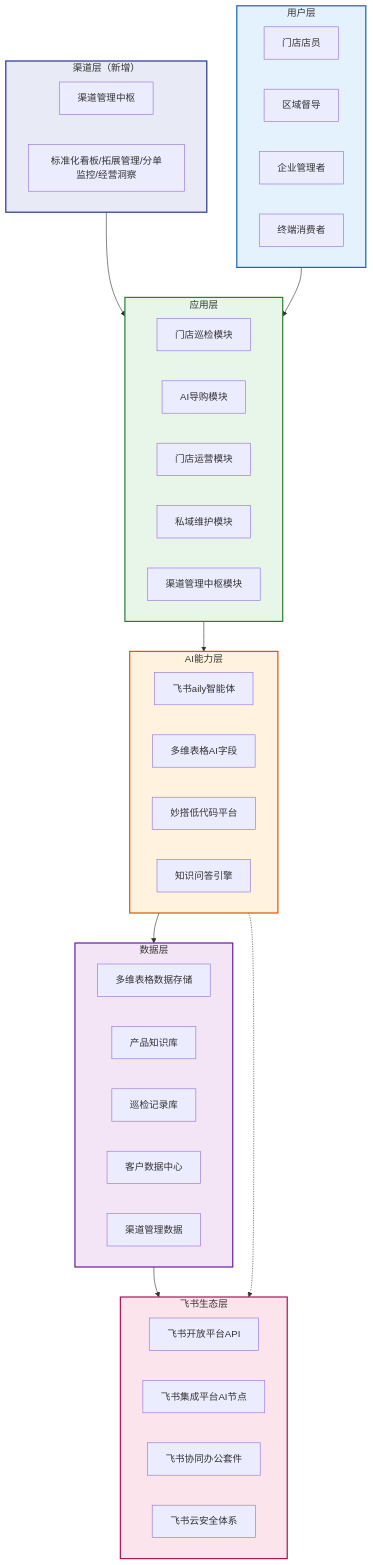
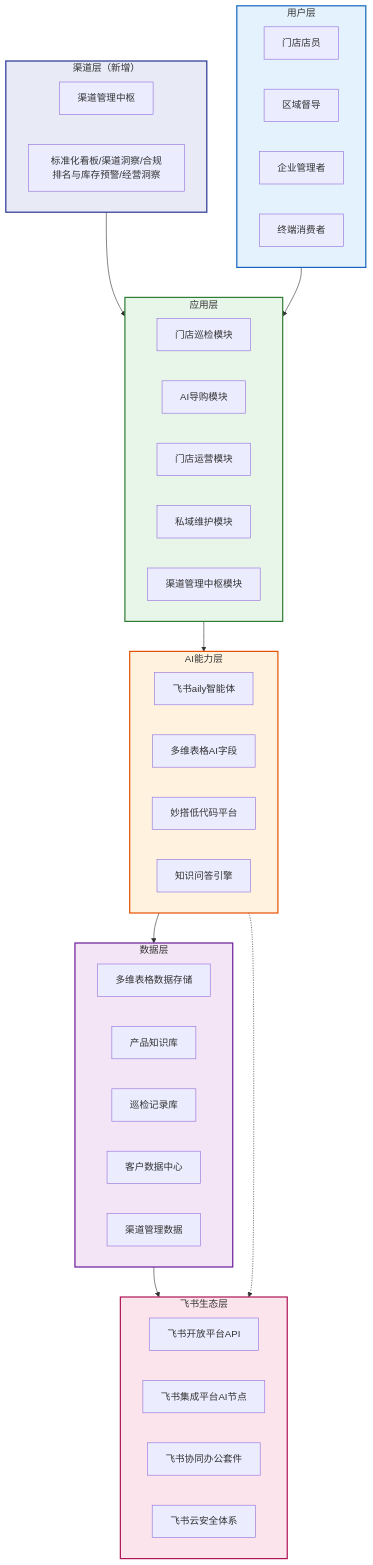
One commit to yunmm123/yuhong-smart-store changed the first of 17 diagrams in docs/02_技术方案架构设计文档.md. Above: the diagram before and after it, drawn with Mermaid. The commit also changed other lines of this file and 28 other files, not shown here.

````diff
--- a/docs/02_技术方案架构设计文档.md
+++ b/docs/02_技术方案架构设计文档.md
@@ -30,58 +30,58 @@
 ```mermaid
 flowchart TB
     subgraph ChannelLayer["渠道层（新增）"]
         CH1["渠道管理中枢"]
-        CH2["标准化看板/拓展管理/分单监控/经营洞察"]
+        CH2["标准化看板/渠道洞察/合规排名与库存预警/经营洞察"]
     end
 
     subgraph UserLayer["用户层"]
         U1["门店店员"]
         U2["区域督导"]
         U3["企业管理者"]
         U4["终端消费者"]
     end
 
     subgraph AppLayer["应用层"]
         A1["门店巡检模块"]
         A2["AI导购模块"]
         A3["门店运营模块"]
         A4["私域维护模块"]
         A5["渠道管理中枢模块"]
     end
 
     subgraph AILayer["AI能力层"]
         AI1["飞书aily智能体"]
         AI2["多维表格AI字段"]
         AI3["妙搭低代码平台"]
         AI4["知识问答引擎"]
     end
 
     subgraph DataLayer["数据层"]
         D1["多维表格数据存储"]
         D2["产品知识库"]
         D3["巡检记录库"]
         D4["客户数据中心"]
         D5["渠道管理数据"]
     end
 
     subgraph FeishuLayer["飞书生态层"]
         F1["飞书开放平台API"]
         F2["飞书集成平台AI节点"]
         F3["飞书协同办公套件"]
         F4["飞书云安全体系"]
     end
 
     ChannelLayer --> AppLayer
     UserLayer --> AppLayer
     AppLayer --> AILayer
     AILayer --> DataLayer
     DataLayer --> FeishuLayer
     AILayer -.-> FeishuLayer
 
     style ChannelLayer fill:#E8EAF6,stroke:#283593,stroke-width:2px
     style UserLayer fill:#E3F2FD,stroke:#1565C0,stroke-width:2px
     style AppLayer fill:#E8F5E9,stroke:#2E7D32,stroke-width:2px
     style AILayer fill:#FFF3E0,stroke:#E65100,stroke-width:2px
     style DataLayer fill:#F3E5F5,stroke:#6A1B9A,stroke-width:2px
     style FeishuLayer fill:#FCE4EC,stroke:#AD1457,stroke-width:2px
 ```
````
